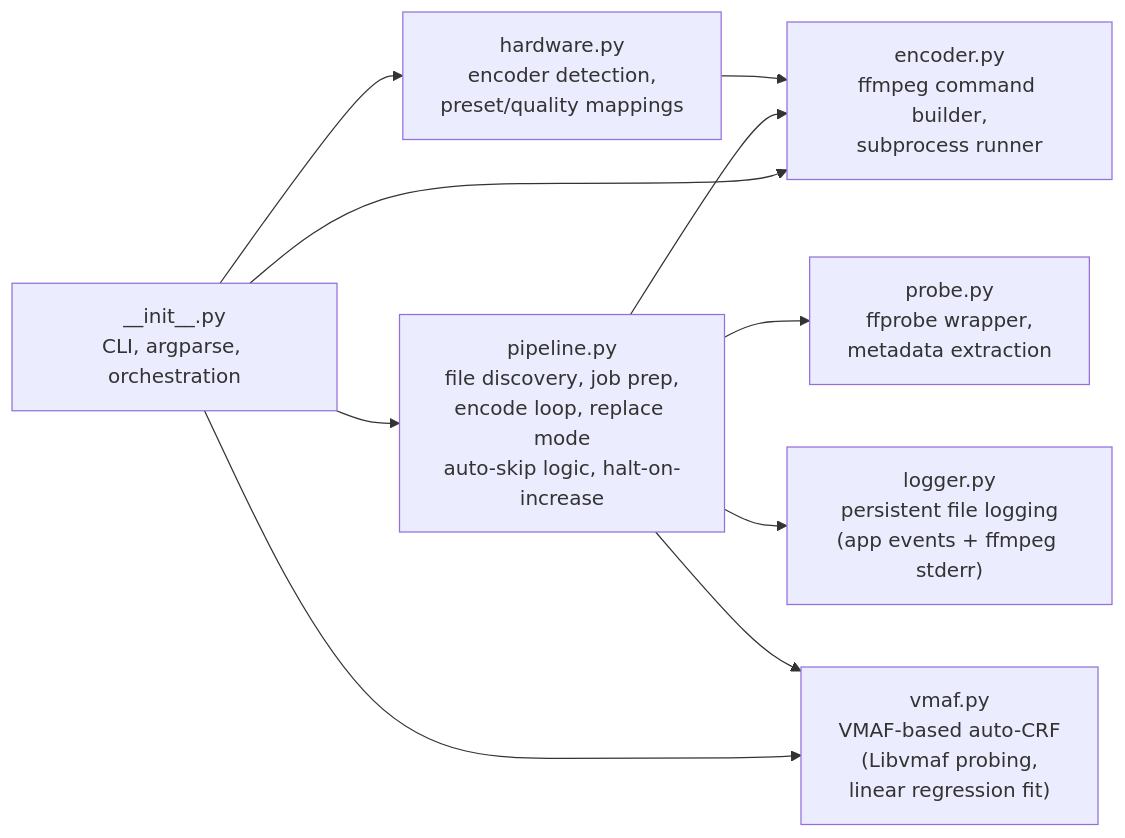
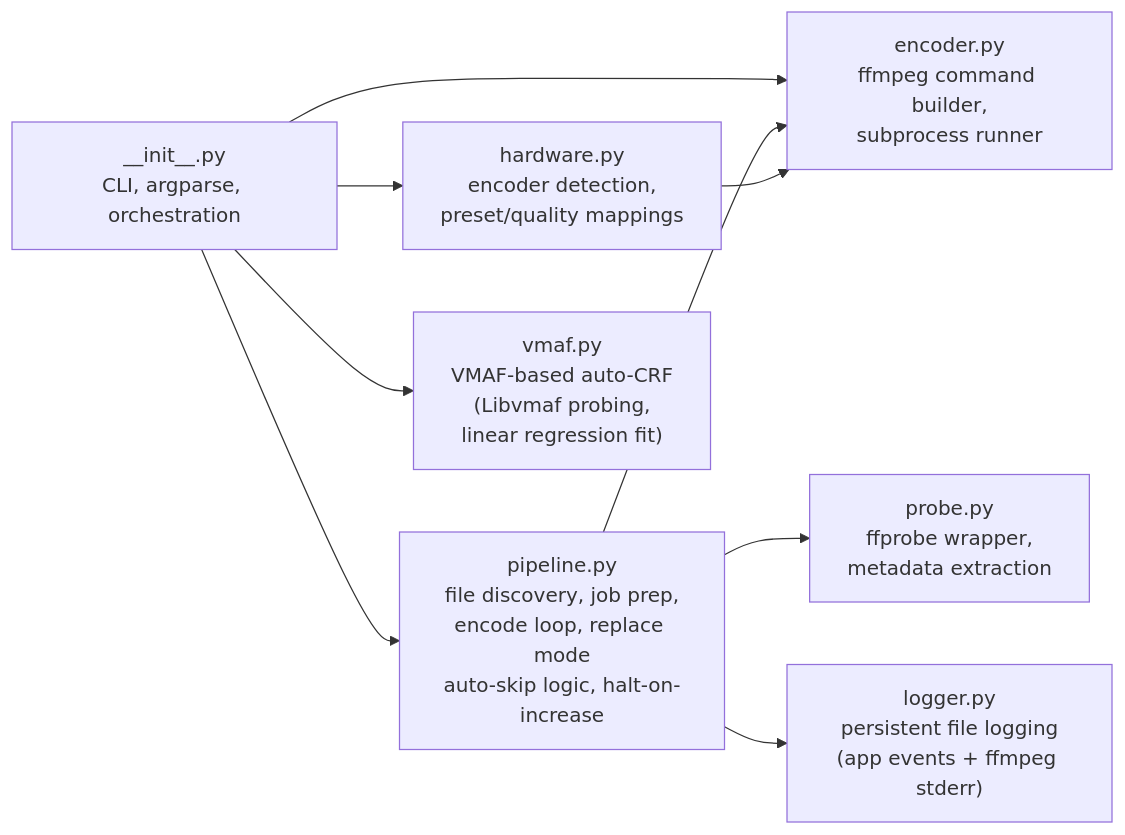
The sixth of 7 diagrams in docs/ARCHITECTURE.md (JoshPaulie/h265ify), drawn with Mermaid before and after one commit. The commit also changed other lines of this file, not shown here.

Commit message:
docs: update ARCHITECTURE.md for multi-clip VMAF flow

````diff
--- a/docs/ARCHITECTURE.md
+++ b/docs/ARCHITECTURE.md
@@ -173,35 +173,34 @@
 ```mermaid
 flowchart LR
     Init["__init__.py
 CLI, argparse, orchestration"]
     Encoder["encoder.py
 ffmpeg command builder,
 subprocess runner"]
     Hardware["hardware.py
 encoder detection,
 preset/quality mappings"]
     Logger["logger.py
 persistent file logging
 (app events + ffmpeg stderr)"]
     Pipeline["pipeline.py
 file discovery, job prep,
 encode loop, replace mode
 auto-skip logic, halt-on-increase"]
     Probe["probe.py
 ffprobe wrapper,
 metadata extraction"]
     Vmaf["vmaf.py
 VMAF-based auto-CRF
 (Libvmaf probing,
 linear regression fit)"]
 
     Init --> Encoder
     Init --> Pipeline
     Init --> Hardware
     Init --> Vmaf
     Pipeline --> Encoder
     Pipeline --> Probe
-    Pipeline --> Vmaf
     Pipeline --> Logger
     Hardware --> Encoder
 ```
````
